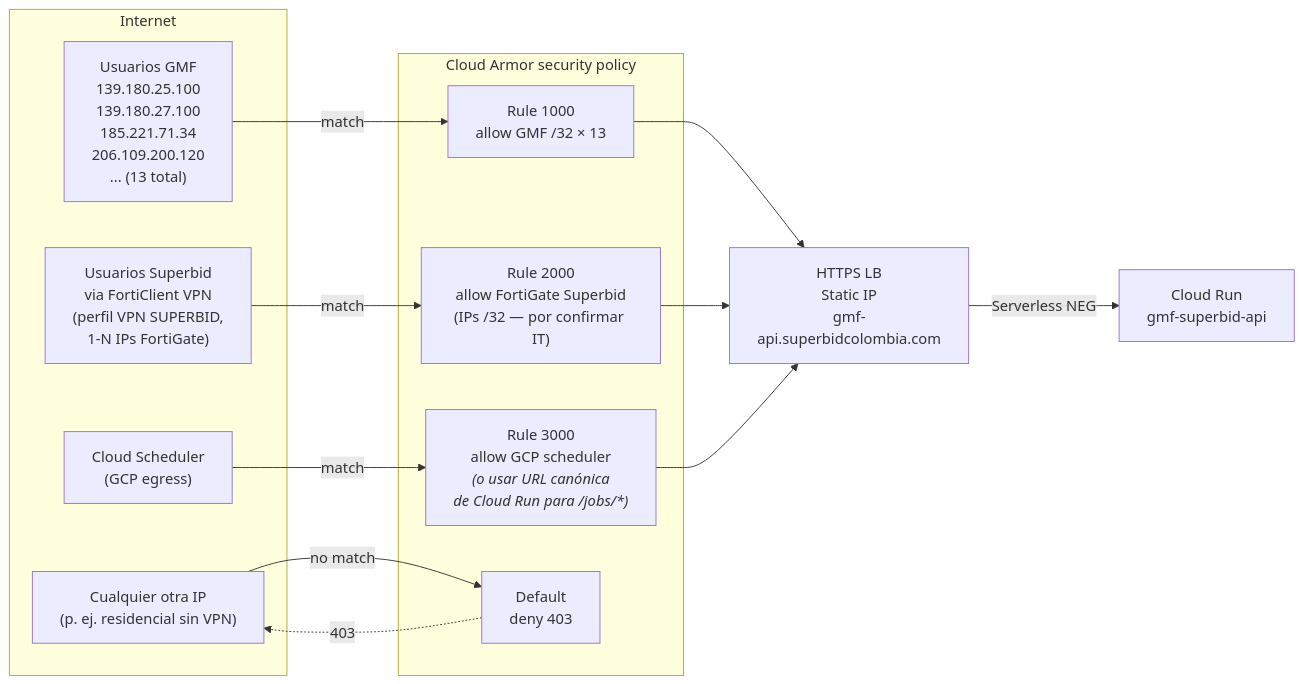
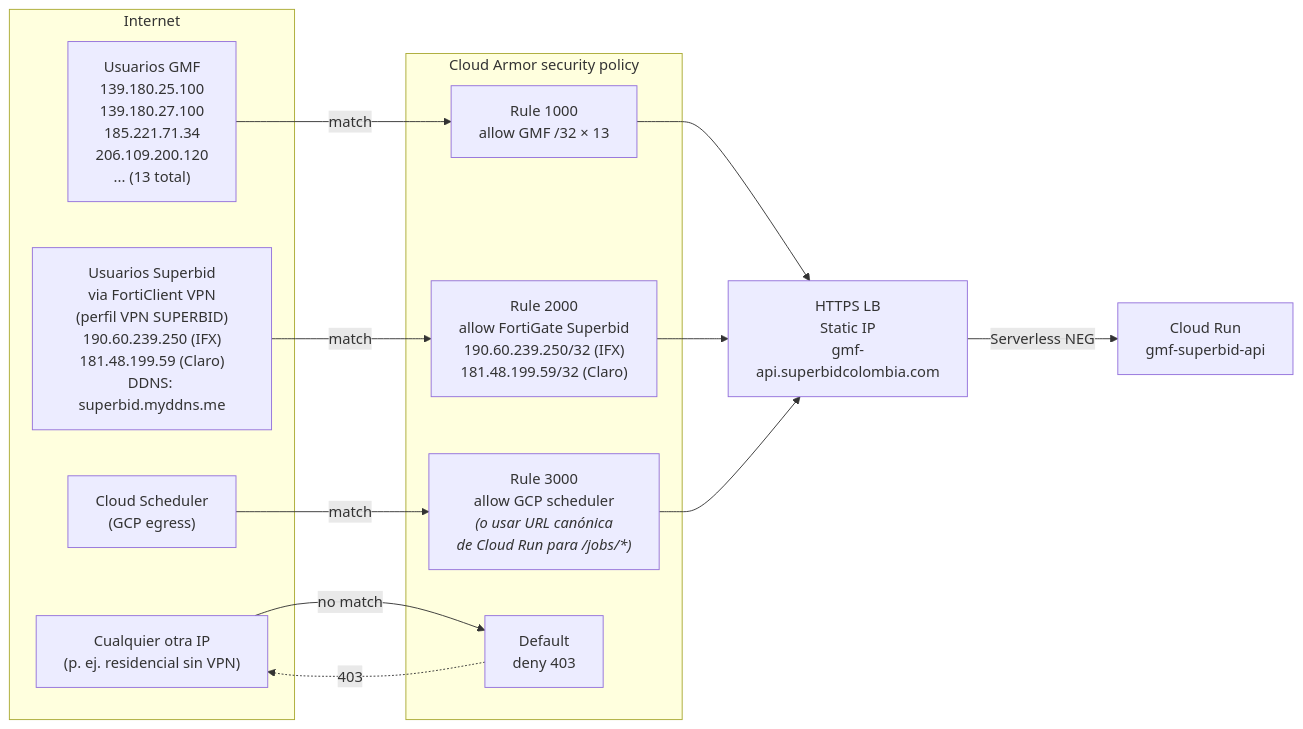
The second of 4 diagrams in docs/arquitectura.md (sb-dataops/informegmf), drawn with Mermaid before and after one commit. The commit also changed other lines of this file and 5 other files, not shown here.

First line of the commit message:
docs: IPs whitelist Superbid confirmadas por IT (IFX + Claro)

````diff
--- a/docs/arquitectura.md
+++ b/docs/arquitectura.md
@@ -74,29 +79,29 @@
 ```mermaid
 flowchart LR
     subgraph internet["Internet"]
         gmf["Usuarios GMF<br/>139.180.25.100<br/>139.180.27.100<br/>185.221.71.34<br/>206.109.200.120<br/>... (13 total)"]
-        sb["Usuarios Superbid<br/>via FortiClient VPN<br/>(perfil VPN SUPERBID,<br/>1-N IPs FortiGate)"]
+        sb["Usuarios Superbid<br/>via FortiClient VPN<br/>(perfil VPN SUPERBID)<br/>190.60.239.250 (IFX)<br/>181.48.199.59 (Claro)<br/>DDNS: superbid.myddns.me"]
         scheduler["Cloud Scheduler<br/>(GCP egress)"]
         else["Cualquier otra IP<br/>(p. ej. residencial sin VPN)"]
     end
 
     subgraph policy["Cloud Armor security policy"]
         r1["Rule 1000<br/>allow GMF /32 × 13"]
-        r2["Rule 2000<br/>allow FortiGate Superbid<br/>(IPs /32 — por confirmar IT)"]
+        r2["Rule 2000<br/>allow FortiGate Superbid<br/>190.60.239.250/32 (IFX)<br/>181.48.199.59/32 (Claro)"]
         r3["Rule 3000<br/>allow GCP scheduler<br/><i>(o usar URL canónica<br/>de Cloud Run para /jobs/*)</i>"]
         rd["Default<br/>deny 403"]
     end
 
     lb["HTTPS LB<br/>Static IP<br/>gmf-api.superbidcolombia.com"]
     cr["Cloud Run<br/>gmf-superbid-api"]
 
     gmf -->|match| r1
     sb -->|match| r2
     scheduler -->|match| r3
     else -->|no match| rd
     r1 --> lb
     r2 --> lb
     r3 --> lb
     rd -.->|"403"| else
     lb -->|Serverless NEG| cr
 ```
````
